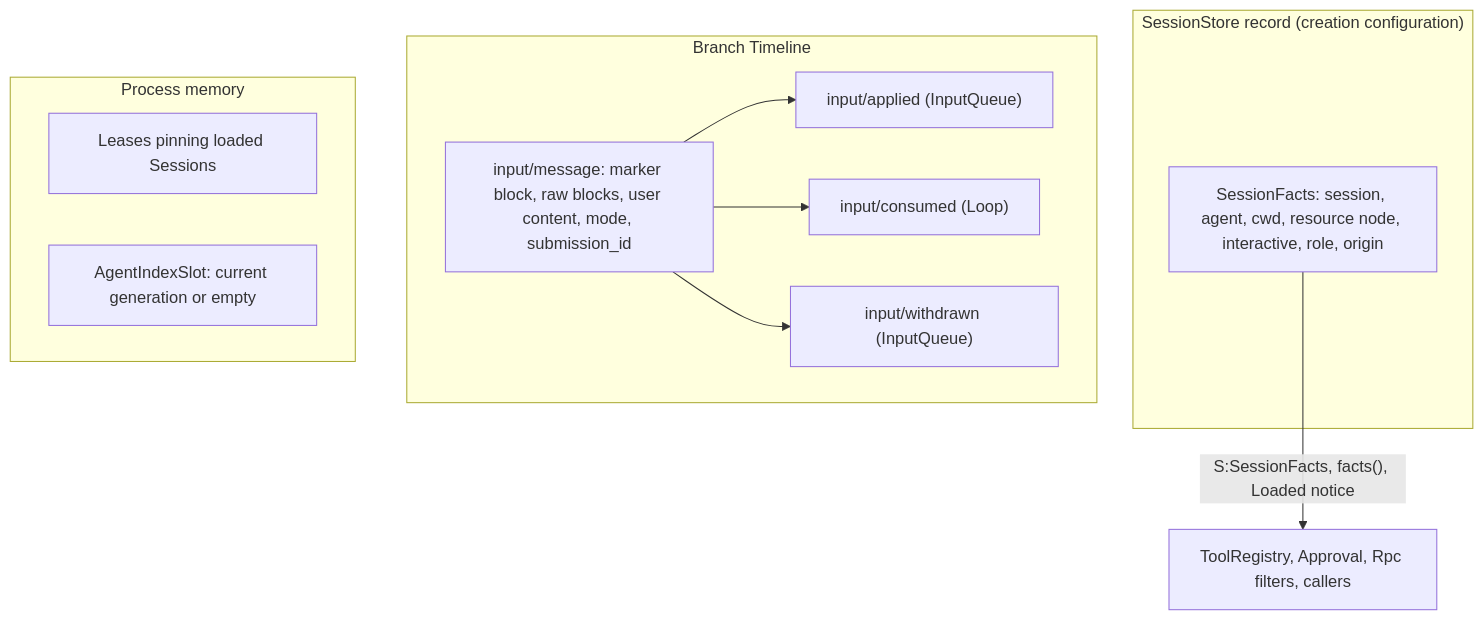
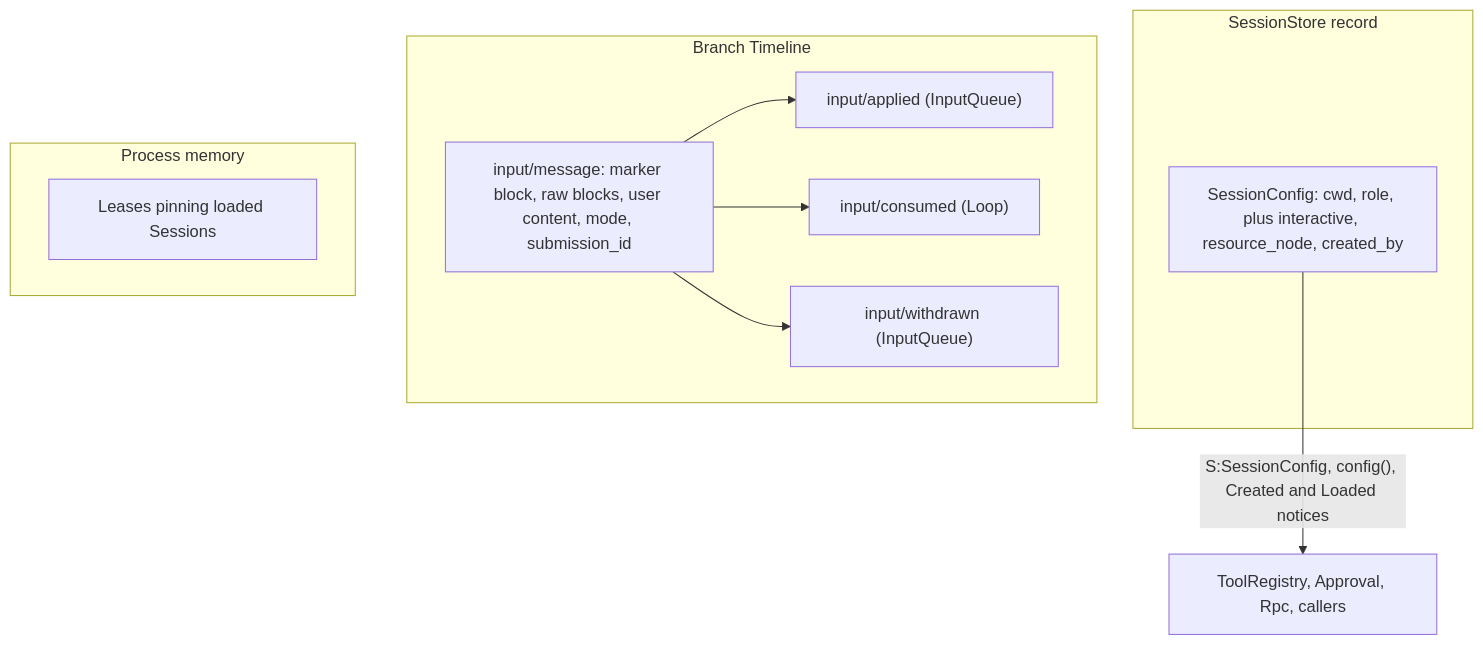
Before and after one commit to CoutinhoTTS/dim-agent: the second of 6 diagrams in docs/design/contracts/session-access.md, drawn with Mermaid. The commit also changed other lines of this file and 4 other files, not shown here.

````diff
--- a/docs/design/contracts/session-access.md
+++ b/docs/design/contracts/session-access.md
@@ -59,21 +45,19 @@
 ```mermaid
 flowchart TB
-  subgraph STORE["SessionStore record (creation configuration)"]
-    Facts["SessionFacts: session, agent, cwd, resource node, interactive, role, origin"]
+  subgraph STORE["SessionStore record"]
+    Conf["SessionConfig: cwd, role, plus interactive, resource_node, created_by"]
   end
   subgraph TLB["Branch Timeline"]
     IM["input/message: marker block, raw blocks, user content, mode, submission_id"]
     IA["input/applied (InputQueue)"]
     IC["input/consumed (Loop)"]
     IW["input/withdrawn (InputQueue)"]
   end
   subgraph MEM["Process memory"]
     Lease["Leases pinning loaded Sessions"]
-    SlotS["AgentIndexSlot: current generation or empty"]
   end
-  Facts -->|"S:SessionFacts, facts(), Loaded notice"| Readers["ToolRegistry, Approval, Rpc filters, callers"]
+  Conf -->|"S:SessionConfig, config(), Created and Loaded notices"| Readers["ToolRegistry, Approval, Rpc, callers"]
   IM --> IA
   IM --> IC
   IM --> IW
-  classDef contract stroke-dasharray:4 3
 ```
````
